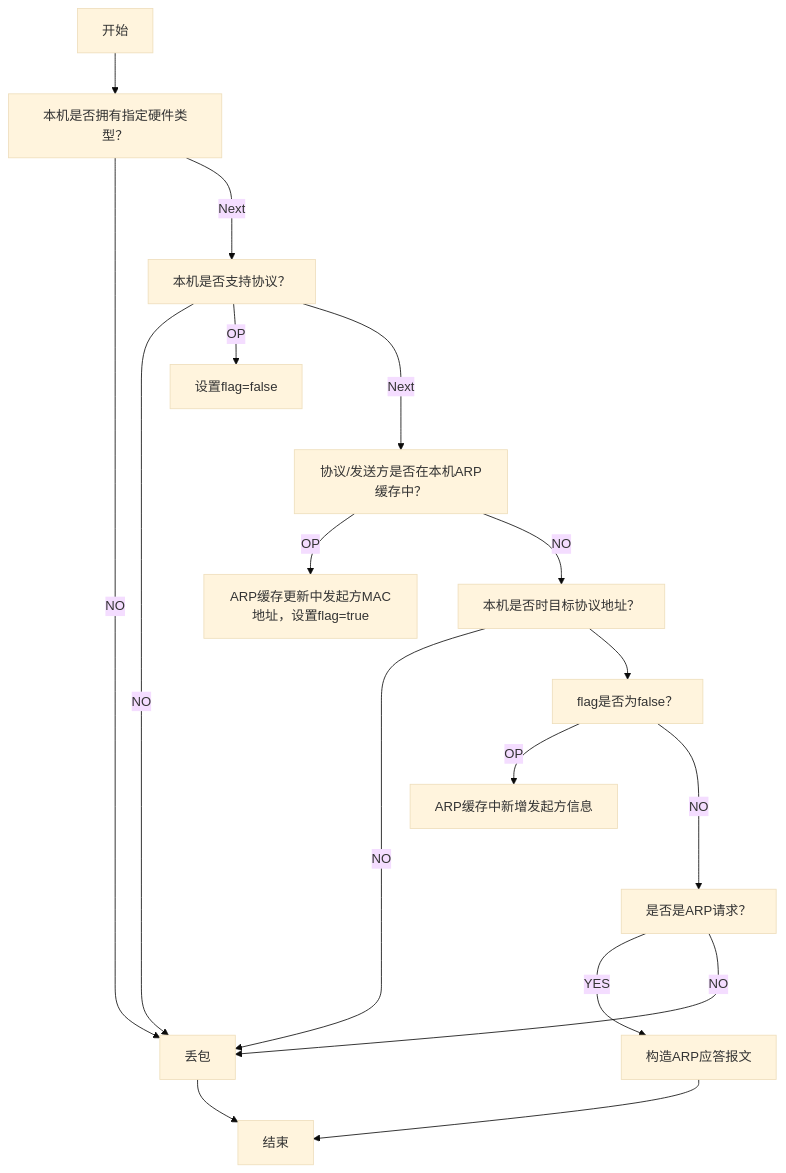
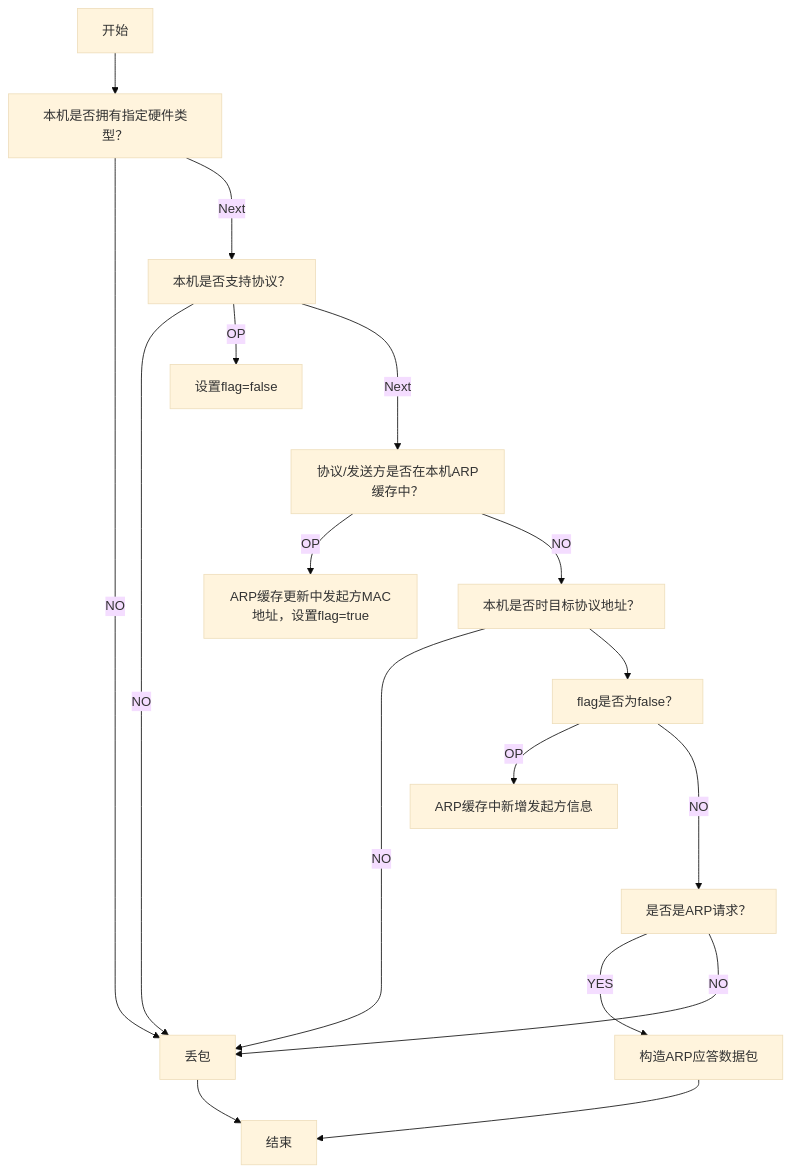
One commit to willmao/blog changed the second of 3 diagrams in source/_posts/arp-and-rarp-protocol.md. Above: the diagram before and after it, drawn with Mermaid (base theme). The commit also changed other lines of this file, not shown here.

````diff
--- a/source/_posts/arp-and-rarp-protocol.md
+++ b/source/_posts/arp-and-rarp-protocol.md
@@ -59,41 +59,41 @@
 ```mermaid
 flowchart
     start[开始]
     check_hardware_type[本机是否拥有指定硬件类型？]
     check_protocol[本机是否支持协议？]
     check_arp_cache[协议/发送方是否在本机ARP缓存中？]
     check_dest_address[本机是否时目标协议地址？]
     check_flag[flag是否为false？]
     check_opcode[是否是ARP请求？]
 
     discard[丢包]
     set_flag_false[设置flag=false]
     update_arp_cache[ARP缓存更新中发起方MAC地址，设置flag=true]
     add_arp_cache[ARP缓存中新增发起方信息]
-    generate_arp_reply[构造ARP应答报文]
+    generate_arp_reply[构造ARP应答数据包]
 
     start--> check_hardware_type
     check_hardware_type -- NO ---> discard
     check_hardware_type -- Next ---> check_protocol
 
     check_protocol -- NO --> discard
     check_protocol -- OP --> set_flag_false
     check_protocol -- Next ---> check_arp_cache
 
     check_arp_cache -- OP --> update_arp_cache
     check_arp_cache -- NO --> check_dest_address
 
     check_dest_address -- NO ---> discard
     check_dest_address --> check_flag
 
     check_flag -- OP --> add_arp_cache
     check_flag -- NO ---> check_opcode
 
     check_opcode -- YES --> generate_arp_reply
     check_opcode -- NO ---> discard
 
     generate_arp_reply --> ending
     discard --> ending
 
     ending[结束]
 ```
````
